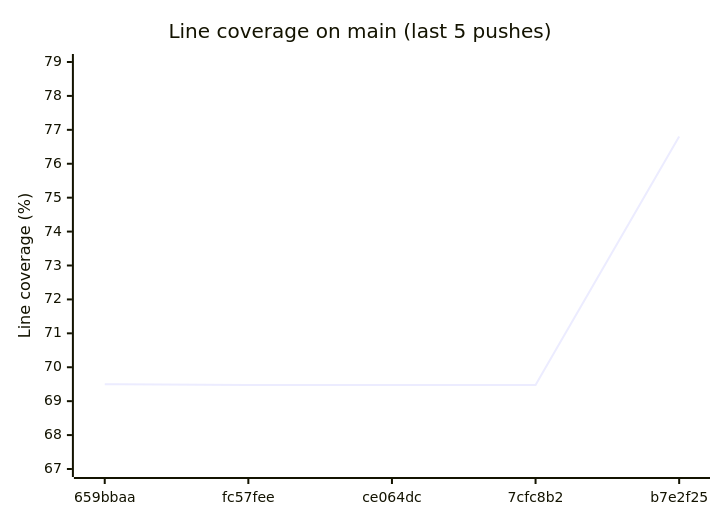
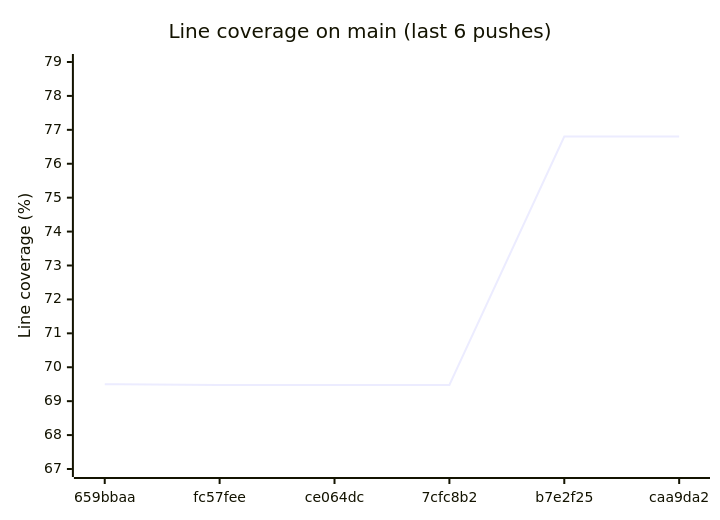
One commit to enaweg/godot-epluginframework changed the diagram in README.md. Above: the diagram before and after it, drawn with Mermaid. The commit also changed other lines of this file and 2 other files, not shown here.

Commit message:
chore: record coverage of caa9da2

````diff
--- a/README.md
+++ b/README.md
@@ -9,7 +9,7 @@
 ```mermaid
 xychart-beta
-    title "Line coverage on main (last 5 pushes)"
-    x-axis ["659bbaa", "fc57fee", "ce064dc", "7cfc8b2", "b7e2f25"]
+    title "Line coverage on main (last 6 pushes)"
+    x-axis ["659bbaa", "fc57fee", "ce064dc", "7cfc8b2", "b7e2f25", "caa9da2"]
     y-axis "Line coverage (%)" 67 --> 79
-    line [69.50, 69.48, 69.48, 69.48, 76.80]
+    line [69.50, 69.48, 69.48, 69.48, 76.80, 76.80]
 ```
````
